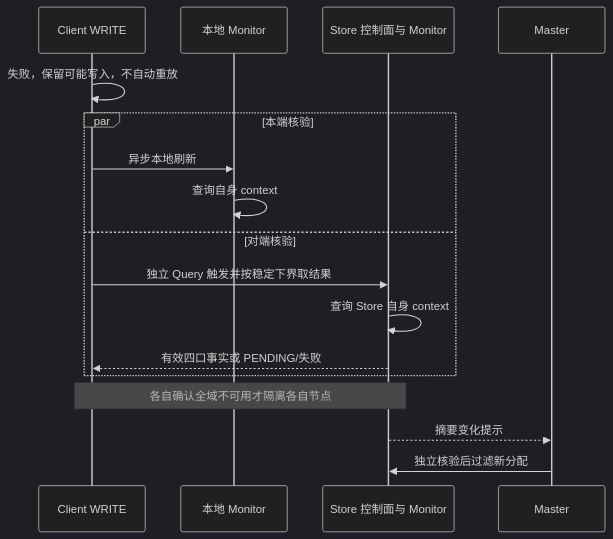
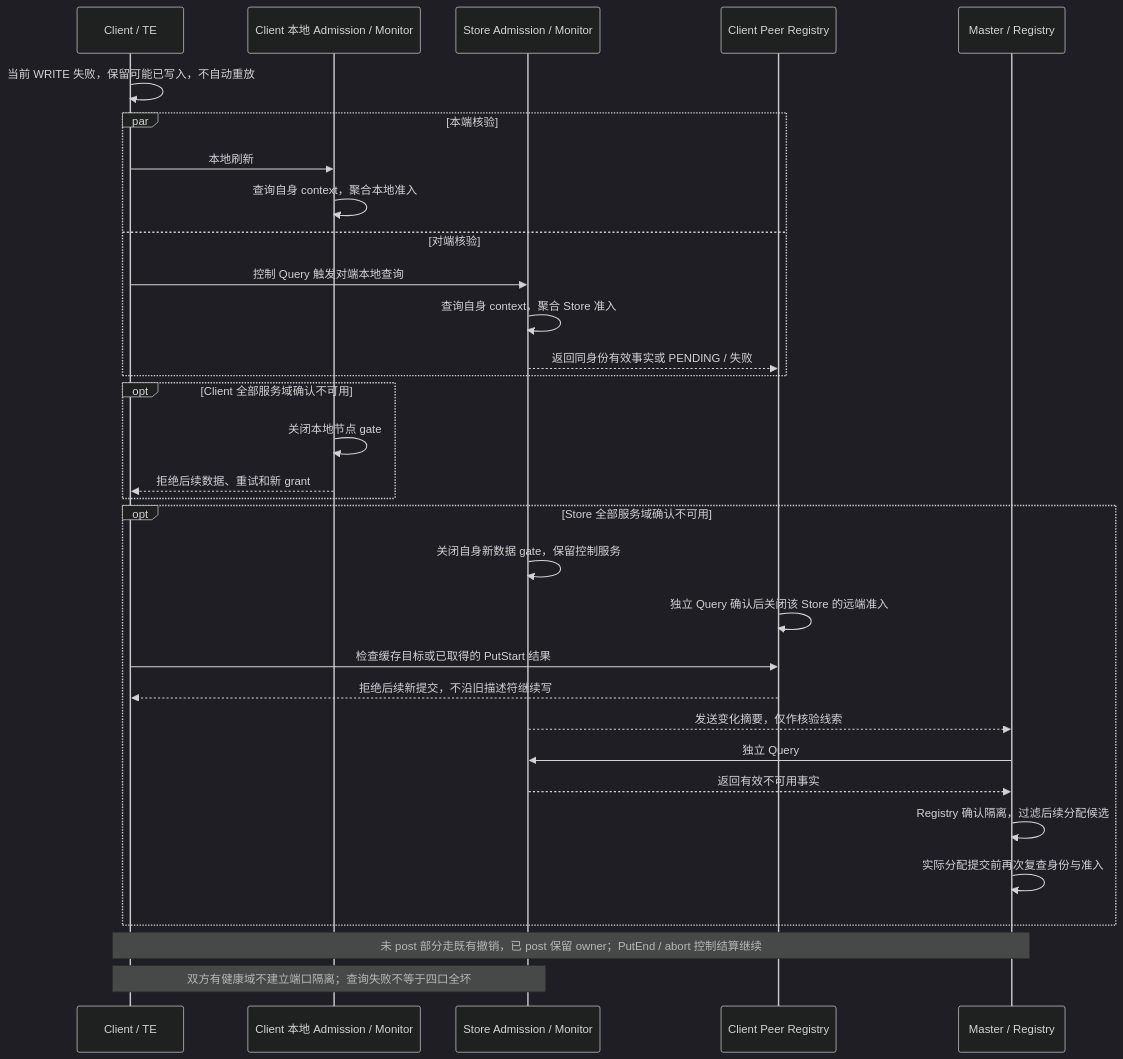
One commit to HangCong126/Supercache changed the sixth of 10 diagrams in docs/analyze/ub_fault_isolation_design.md. Above: the diagram before and after it, drawn with Mermaid (dark theme). The commit also changed other lines of this file, not shown here.

Commit message:
clarify ub isolation behavior with read-write and admission sequences

````diff
--- a/docs/analyze/ub_fault_isolation_design.md
+++ b/docs/analyze/ub_fault_isolation_design.md
@@ -326,19 +390,34 @@
 ```mermaid
 sequenceDiagram
-    participant C as Client WRITE
-    participant L as 本地 Monitor
-    participant S as Store 控制面与 Monitor
-    participant M as Master
-    C->>C: 失败，保留可能写入，不自动重放
+    participant C as Client / TE
+    participant A as Client 本地 Admission / Monitor
+    participant S as Store Admission / Monitor
+    participant R as Client Peer Registry
+    participant M as Master / Registry
+    C->>C: 当前 WRITE 失败，保留可能已写入，不自动重放
     par 本端核验
-        C->>L: 异步本地刷新
-        L->>L: 查询自身 context
+        C->>A: 本地刷新
+        A->>A: 查询自身 context，聚合本地准入
     and 对端核验
-        C->>S: 独立 Query 触发并按稳定下界取结果
-        S->>S: 查询 Store 自身 context
-        S-->>C: 有效四口事实或 PENDING/失败
+        C->>S: 控制 Query 触发对端本地查询
+        S->>S: 查询自身 context，聚合 Store 准入
+        S-->>R: 返回同身份有效事实或 PENDING / 失败
     end
-    Note over C,S: 各自确认全域不可用才隔离各自节点
-    S-->>M: 摘要变化提示
-    M->>S: 独立核验后过滤新分配
+    opt Client 全部服务域确认不可用
+        A->>A: 关闭本地节点 gate
+        A-->>C: 拒绝后续数据、重试和新 grant
+    end
+    opt Store 全部服务域确认不可用
+        S->>S: 关闭自身新数据 gate，保留控制服务
+        R->>R: 独立 Query 确认后关闭该 Store 的远端准入
+        C->>R: 检查缓存目标或已取得的 PutStart 结果
+        R-->>C: 拒绝后续新提交，不沿旧描述符继续写
+        S-->>M: 发送变化摘要，仅作核验线索
+        M->>S: 独立 Query
+        S-->>M: 返回有效不可用事实
+        M->>M: Registry 确认隔离，过滤后续分配候选
+        M->>M: 实际分配提交前再次复查身份与准入
+    end
+    Note over C,M: 未 post 部分走既有撤销，已 post 保留 owner；PutEnd / abort 控制结算继续
+    Note over C,S: 双方有健康域不建立端口隔离；查询失败不等于四口全坏
 ```
````
